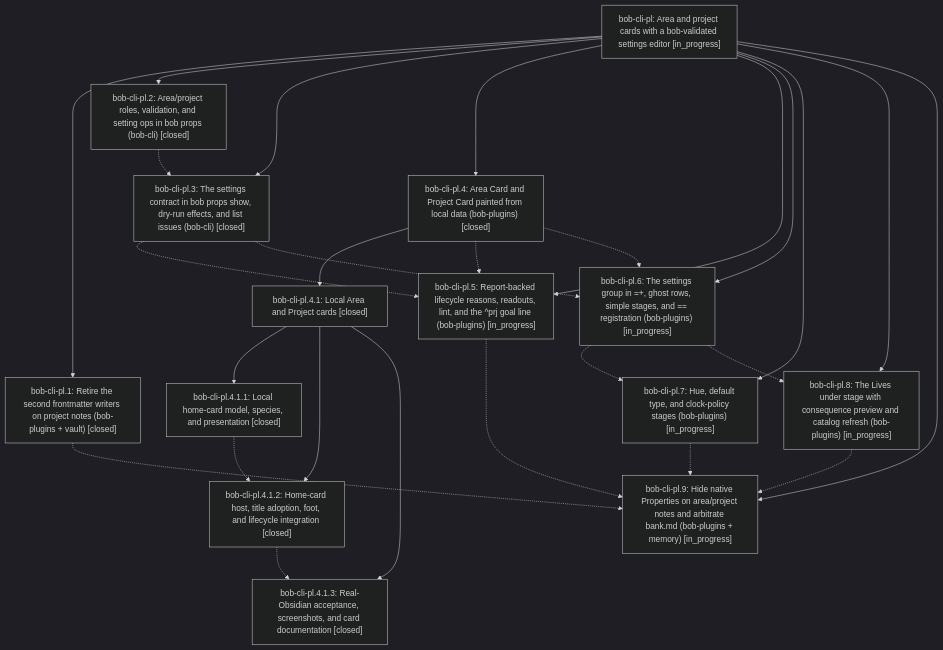
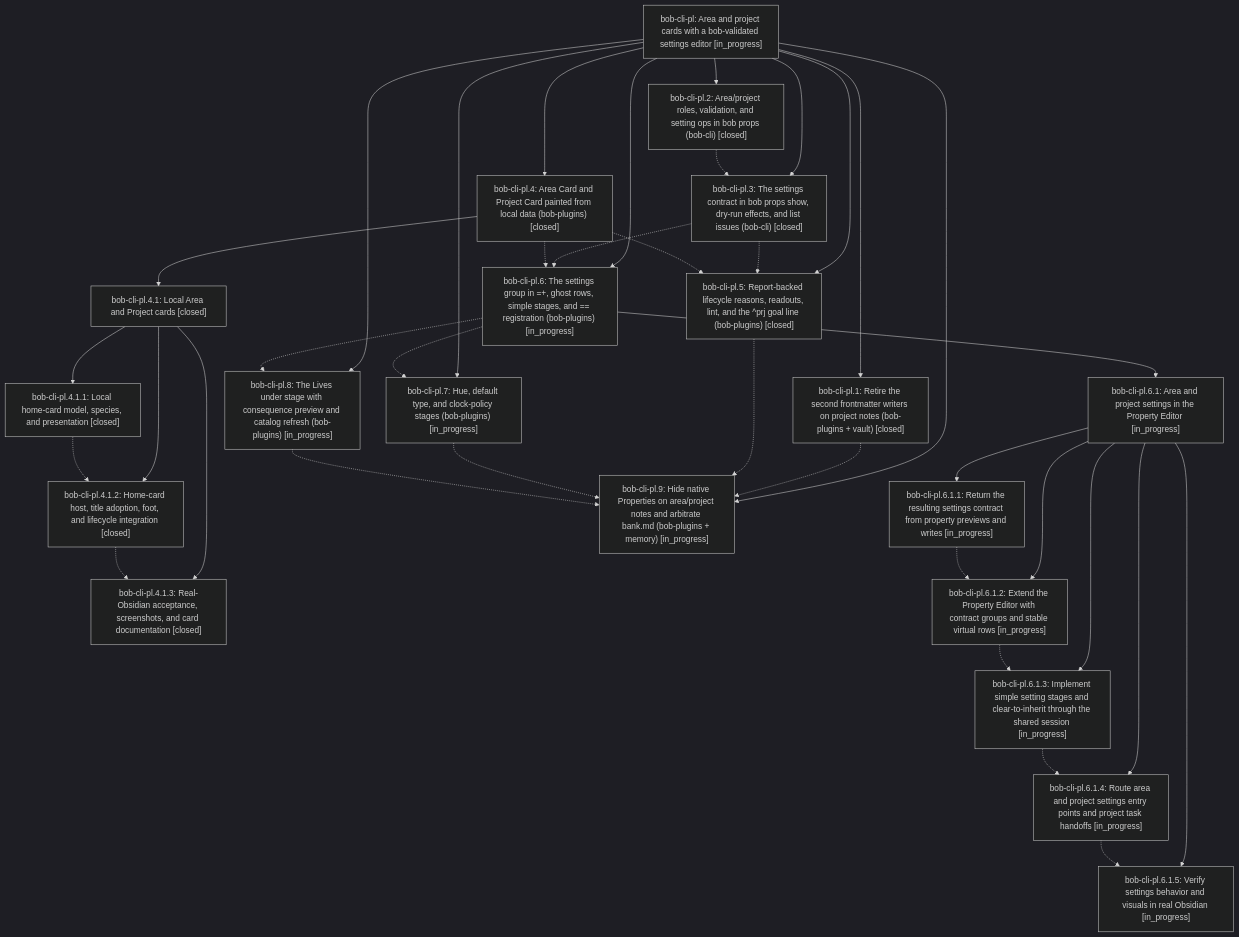
One commit to bobs-org/bob-cli--beads changed the diagram in pages/bob-cli-pl/README.md. Above: the diagram before and after it, drawn with Mermaid (dark theme). The commit also changed other lines of this file and 12 other files, not shown here.

First line of the commit message:
chore(beads): sync bead state and pages for bob-cli-pl

````diff
--- a/pages/bob-cli-pl/README.md
+++ b/pages/bob-cli-pl/README.md
@@ -50,43 +50,59 @@
 ```mermaid
 flowchart TD
     n0["bob-cli-pl: Area and project cards with a bob-validated settings editor [in_progress]"]
     n1["bob-cli-pl.1: Retire the second frontmatter writers on project notes (bob-plugins + vault) [closed]"]
     n2["bob-cli-pl.2: Area/project roles, validation, and setting ops in bob props (bob-cli) [closed]"]
     n3["bob-cli-pl.3: The settings contract in bob props show, dry-run effects, and list issues (bob-cli) [closed]"]
     n4["bob-cli-pl.4: Area Card and Project Card painted from local data (bob-plugins) [closed]"]
     n5["bob-cli-pl.4.1: Local Area and Project cards [closed]"]
     n6["bob-cli-pl.4.1.1: Local home-card model, species, and presentation [closed]"]
     n7["bob-cli-pl.4.1.2: Home-card host, title adoption, foot, and lifecycle integration [closed]"]
     n8["bob-cli-pl.4.1.3: Real-Obsidian acceptance, screenshots, and card documentation [closed]"]
-    n9["bob-cli-pl.5: Report-backed lifecycle reasons, readouts, lint, and the ^prj goal line (bob-plugins) [in_progress]"]
+    n9["bob-cli-pl.5: Report-backed lifecycle reasons, readouts, lint, and the ^prj goal line (bob-plugins) [closed]"]
     n10["bob-cli-pl.6: The settings group in =+, ghost rows, simple stages, and == registration (bob-plugins) [in_progress]"]
-    n11["bob-cli-pl.7: Hue, default type, and clock-policy stages (bob-plugins) [in_progress]"]
-    n12["bob-cli-pl.8: The Lives under stage with consequence preview and catalog refresh (bob-plugins) [in_progress]"]
-    n13["bob-cli-pl.9: Hide native Properties on area/project notes and arbitrate bank.md (bob-plugins + memory) [in_progress]"]
+    n11["bob-cli-pl.6.1: Area and project settings in the Property Editor [in_progress]"]
+    n12["bob-cli-pl.6.1.1: Return the resulting settings contract from property previews and writes [in_progress]"]
+    n13["bob-cli-pl.6.1.2: Extend the Property Editor with contract groups and stable virtual rows [in_progress]"]
+    n14["bob-cli-pl.6.1.3: Implement simple setting stages and clear-to-inherit through the shared session [in_progress]"]
+    n15["bob-cli-pl.6.1.4: Route area and project settings entry points and project task handoffs [in_progress]"]
+    n16["bob-cli-pl.6.1.5: Verify settings behavior and visuals in real Obsidian [in_progress]"]
+    n17["bob-cli-pl.7: Hue, default type, and clock-policy stages (bob-plugins) [in_progress]"]
+    n18["bob-cli-pl.8: The Lives under stage with consequence preview and catalog refresh (bob-plugins) [in_progress]"]
+    n19["bob-cli-pl.9: Hide native Properties on area/project notes and arbitrate bank.md (bob-plugins + memory) [in_progress]"]
     n0 --> n1
     n0 --> n2
     n0 --> n3
     n0 --> n4
     n4 --> n5
     n5 --> n6
     n5 --> n7
     n5 --> n8
     n0 --> n9
     n0 --> n10
-    n0 --> n11
-    n0 --> n12
-    n0 --> n13
-    n1 -.-> n13
+    n10 --> n11
+    n11 --> n12
+    n11 --> n13
+    n11 --> n14
+    n11 --> n15
+    n11 --> n16
+    n0 --> n17
+    n0 --> n18
+    n0 --> n19
+    n1 -.-> n19
     n2 -.-> n3
     n3 -.-> n9
     n3 -.-> n10
     n4 -.-> n9
     n4 -.-> n10
     n6 -.-> n7
     n7 -.-> n8
-    n9 -.-> n13
-    n10 -.-> n11
-    n10 -.-> n12
-    n11 -.-> n13
+    n9 -.-> n19
+    n10 -.-> n17
+    n10 -.-> n18
     n12 -.-> n13
+    n13 -.-> n14
+    n14 -.-> n15
+    n15 -.-> n16
+    n17 -.-> n19
+    n18 -.-> n19
 ```
````
